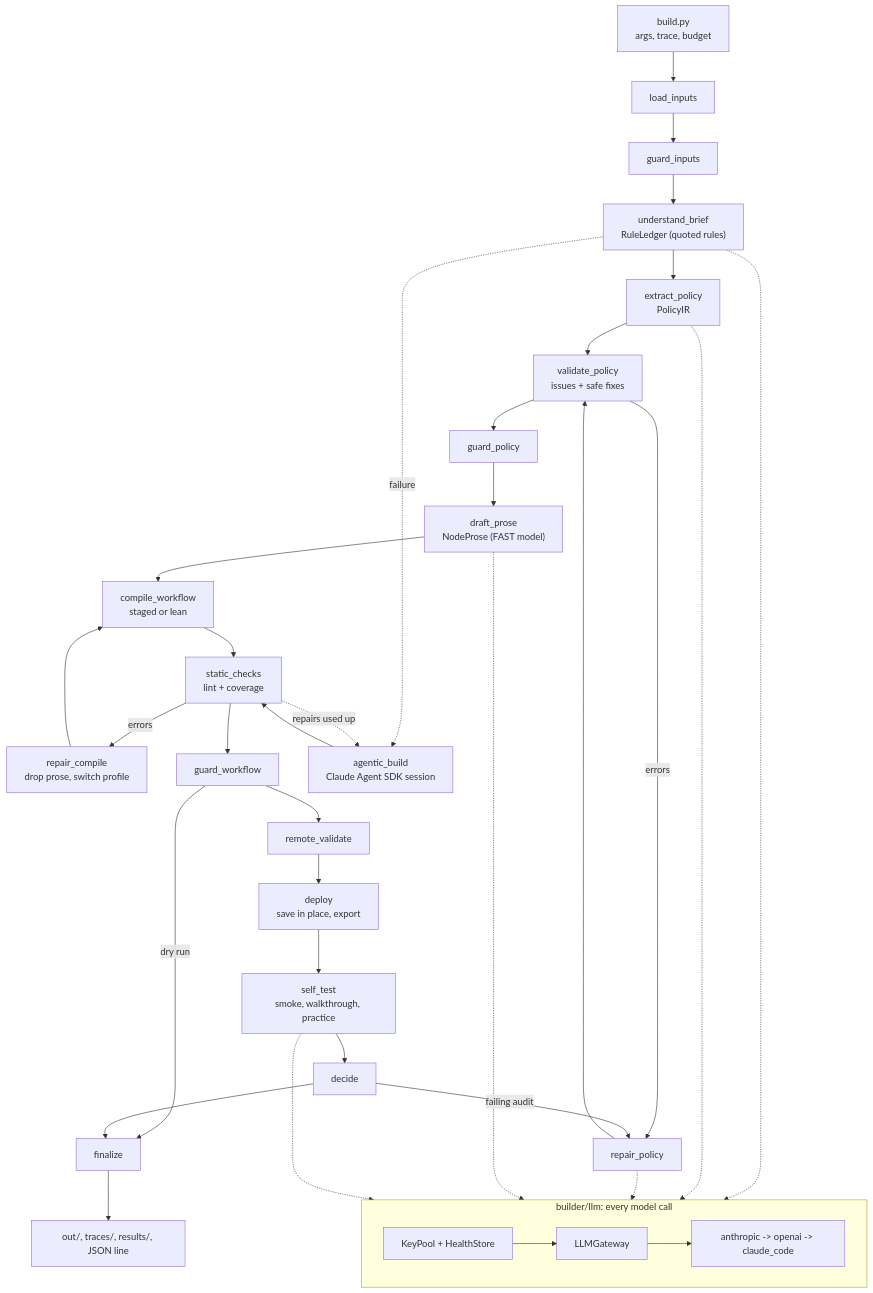
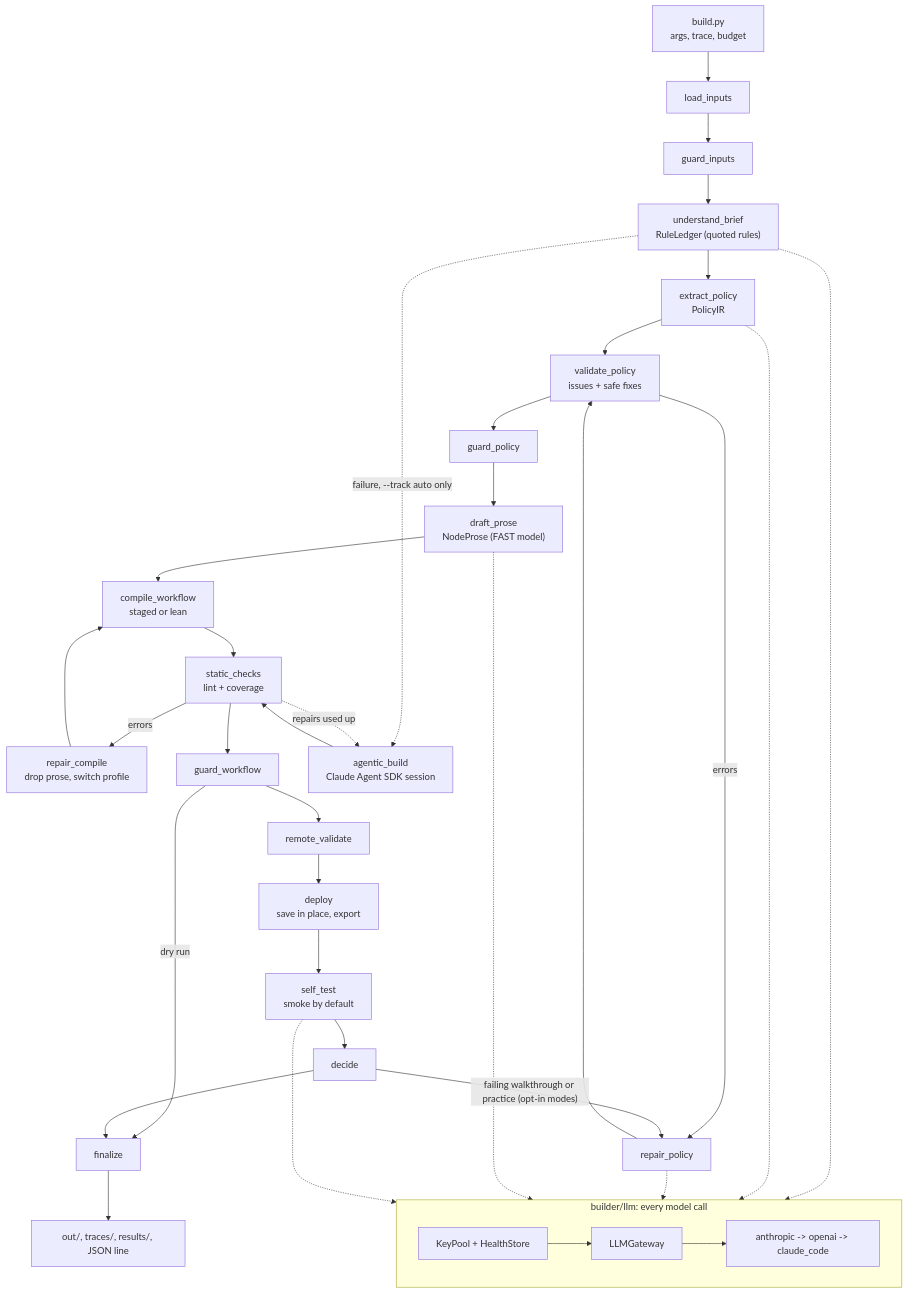
Before and after one commit to theFellandes/FreyaHackaton: the diagram in docs/DEVELOPER_GUIDE.md, drawn with Mermaid. The commit also changed other lines of this file and 411 other files, not shown here.

````diff
--- a/docs/DEVELOPER_GUIDE.md
+++ b/docs/DEVELOPER_GUIDE.md
@@ -81,37 +89,37 @@
 ```mermaid
 flowchart TD
     CLI["build.py<br/>args, trace, budget"] --> LI[load_inputs]
     LI --> GI[guard_inputs]
     GI --> UB["understand_brief<br/>RuleLedger (quoted rules)"]
     UB --> EP["extract_policy<br/>PolicyIR"]
     EP --> VP["validate_policy<br/>issues + safe fixes"]
     VP -->|errors| RP[repair_policy]
     RP --> VP
     VP --> GP[guard_policy]
     GP --> DP["draft_prose<br/>NodeProse (FAST model)"]
     DP --> CW["compile_workflow<br/>staged or lean"]
     CW --> SC["static_checks<br/>lint + coverage"]
     SC -->|errors| RC["repair_compile<br/>drop prose, switch profile"]
     RC --> CW
     SC --> GW[guard_workflow]
     GW -->|dry run| FIN[finalize]
     GW --> RV[remote_validate]
     RV --> DEP["deploy<br/>save in place, export"]
-    DEP --> ST["self_test<br/>smoke, walkthrough, practice"]
+    DEP --> ST["self_test<br/>smoke by default"]
     ST --> DEC[decide]
-    DEC -->|failing audit| RP
+    DEC -->|"failing walkthrough or practice (opt-in modes)"| RP
     DEC --> FIN
-    UB -.->|failure| AG["agentic_build<br/>Claude Agent SDK session"]
+    UB -.->|"failure, --track auto only"| AG["agentic_build<br/>Claude Agent SDK session"]
     SC -.->|repairs used up| AG
     AG --> SC
     FIN --> OUT["out/, traces/, results/, JSON line"]
 
     subgraph LLM["builder/llm: every model call"]
         K[KeyPool + HealthStore] --> G[LLMGateway] --> P["anthropic -> openai -> claude_code"]
     end
     UB -.-> LLM
     EP -.-> LLM
     RP -.-> LLM
     DP -.-> LLM
     ST -.-> LLM
 ```
````
